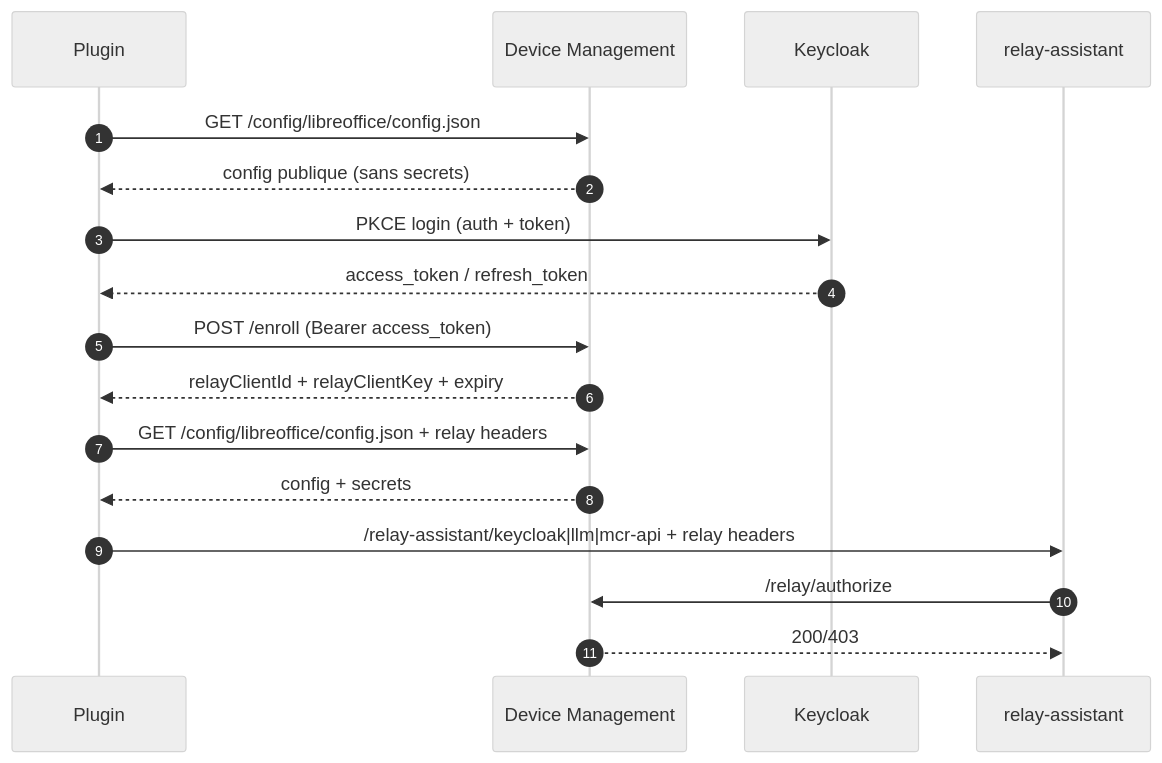
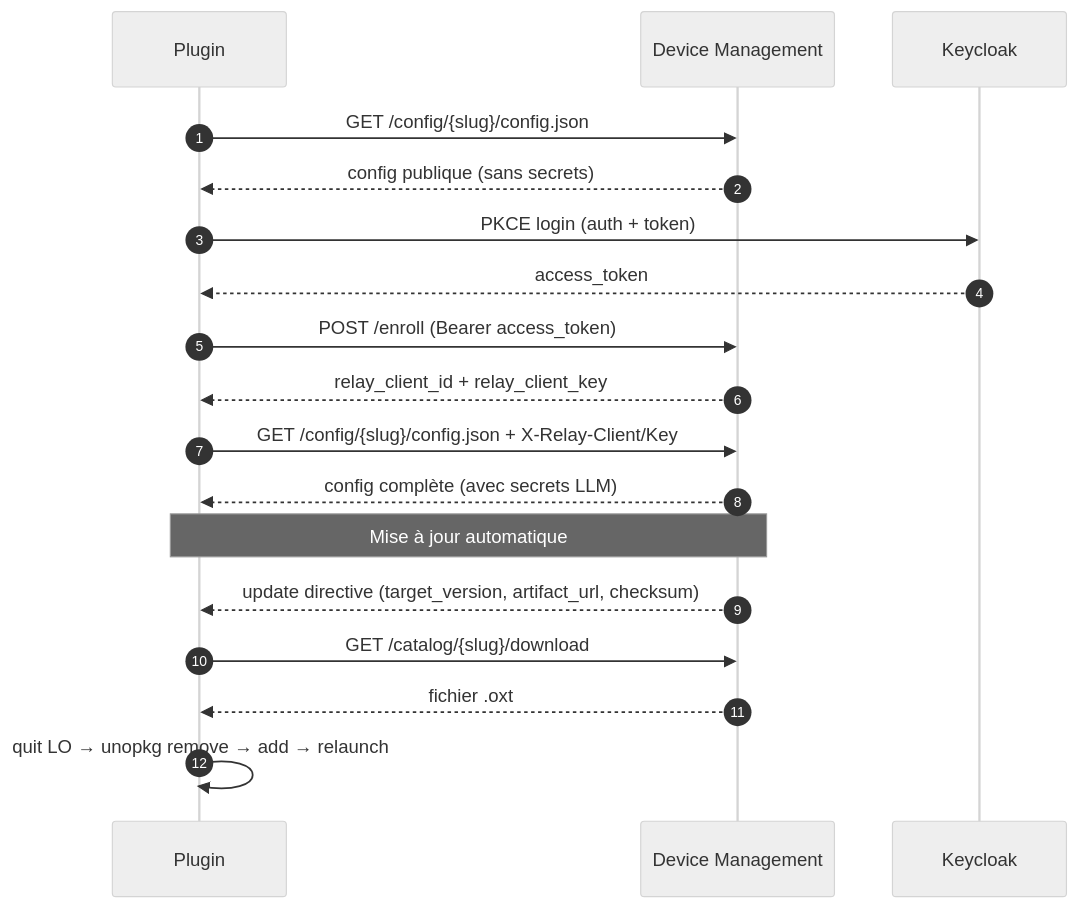
The diagram in README.md (IA-Generative/AssistantMiraiLibreOffice), drawn with Mermaid (neutral theme) before and after one commit. The commit also changed other lines of this file, not shown here.

````diff
--- a/README.md
+++ b/README.md
@@ -321,24 +315,25 @@
 ```mermaid
 sequenceDiagram
   autonumber
   participant P as Plugin
   participant DM as Device Management
   participant KC as Keycloak
-  participant R as relay-assistant
 
-  P->>DM: GET /config/libreoffice/config.json
+  P->>DM: GET /config/{slug}/config.json
   DM-->>P: config publique (sans secrets)
 
   P->>KC: PKCE login (auth + token)
-  KC-->>P: access_token / refresh_token
+  KC-->>P: access_token
 
   P->>DM: POST /enroll (Bearer access_token)
-  DM-->>P: relayClientId + relayClientKey + expiry
+  DM-->>P: relay_client_id + relay_client_key
 
-  P->>DM: GET /config/libreoffice/config.json + relay headers
-  DM-->>P: config + secrets
+  P->>DM: GET /config/{slug}/config.json + X-Relay-Client/Key
+  DM-->>P: config complète (avec secrets LLM)
 
-  P->>R: /relay-assistant/keycloak|llm|mcr-api + relay headers
-  R->>DM: /relay/authorize
-  DM-->>R: 200/403
+  Note over P,DM: Mise à jour automatique
+  DM-->>P: update directive (target_version, artifact_url, checksum)
+  P->>DM: GET /catalog/{slug}/download
+  DM-->>P: fichier .oxt
+  P->>P: quit LO → unopkg remove → add → relaunch
 ```
````
